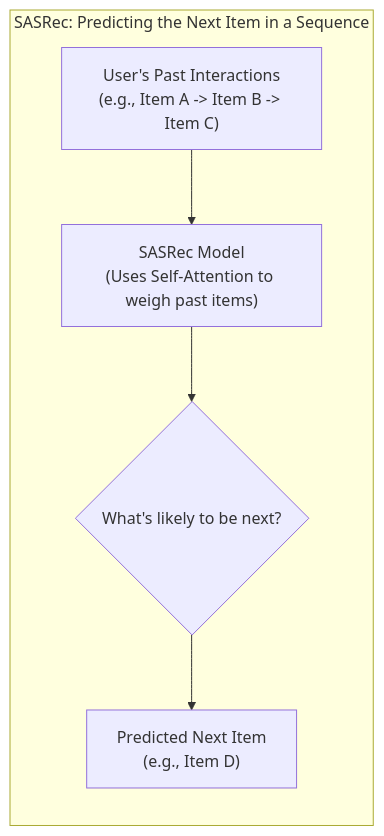
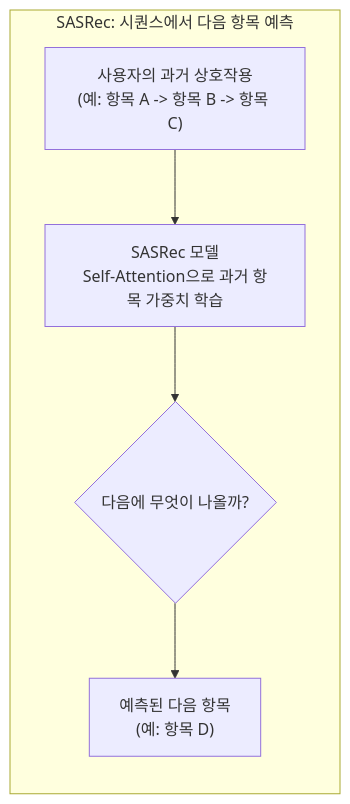
Before and after one commit to gh-shin/suggest-models-example: the eighth of 11 diagrams in ConstructivistLearningPath.md, drawn with Mermaid. The commit also changed other lines of this file and 1 other file, not shown here.

````diff
--- a/ConstructivistLearningPath.md
+++ b/ConstructivistLearningPath.md
@@ -291,8 +290,8 @@
     ```mermaid
     graph LR
-        subgraph "SASRec: Predicting the Next Item in a Sequence"
-            PastInteractions["User's Past Interactions\n(e.g., Item A -> Item B -> Item C)"] --> Model["SASRec Model\n(Uses Self-Attention to weigh past items)"]
-            Model --> Q{"What's likely to be next?"}
-            Q --> PredictedNextItem["Predicted Next Item\n(e.g., Item D)"]
+        subgraph "SASRec: 시퀀스에서 다음 항목 예측"
+            PastInteractions["사용자의 과거 상호작용\n(예: 항목 A -> 항목 B -> 항목 C)"] --> Model["SASRec 모델\nSelf-Attention으로 과거 항목 가중치 학습"]
+            Model --> Q{"다음에 무엇이 나올까?"}
+            Q --> PredictedNextItem["예측된 다음 항목\n(예: 항목 D)"]
         end
     ```
````
